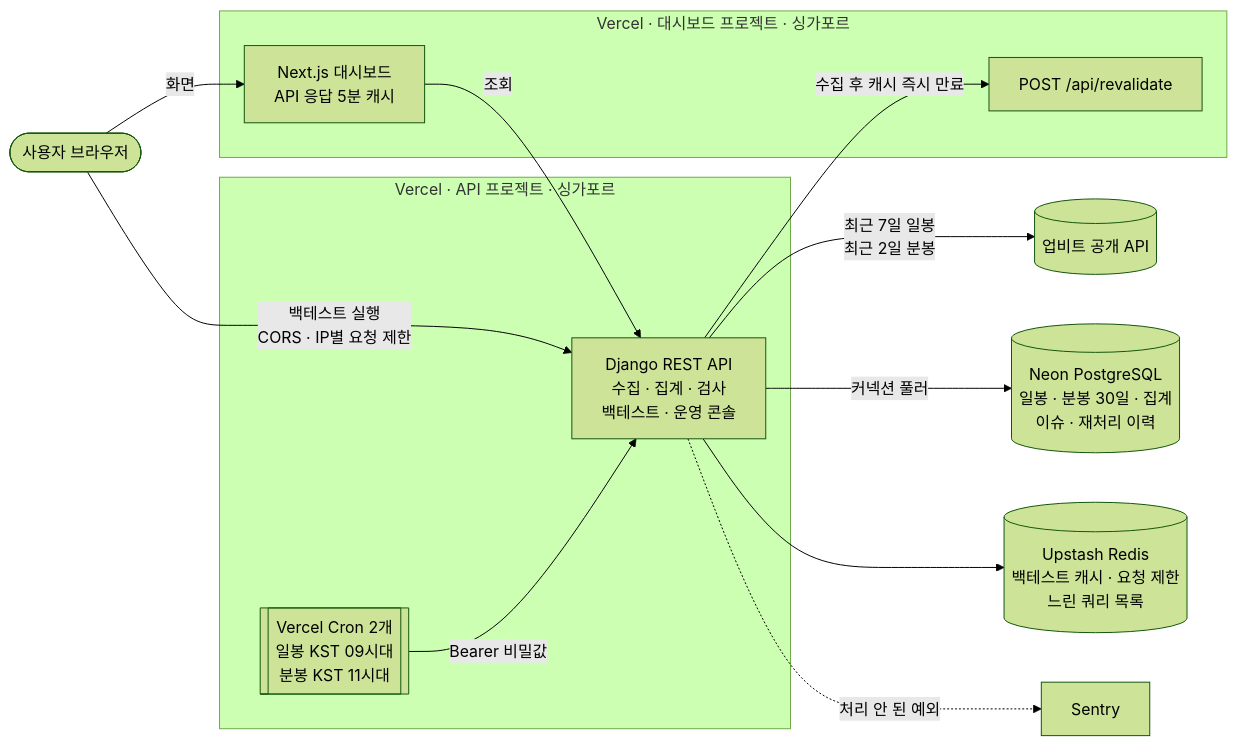
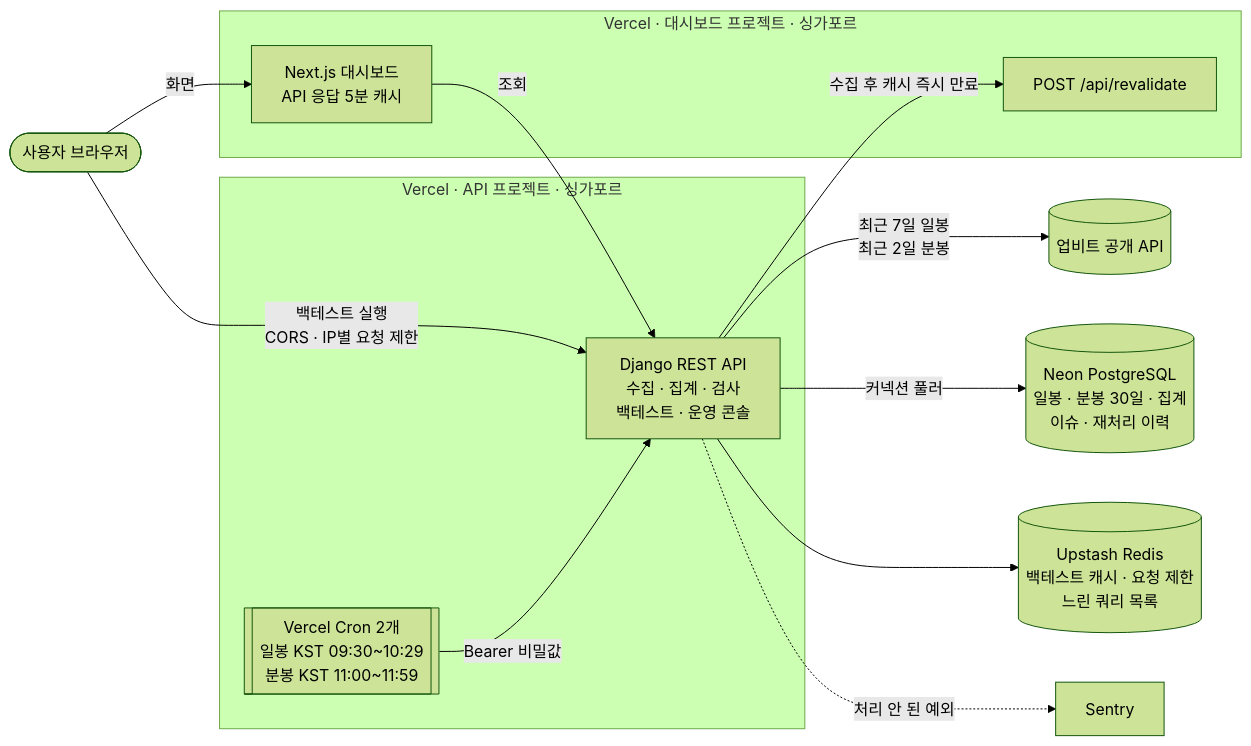
Before and after one commit to oofy-sotry/crypto-quant-lab: the diagram in README.md, drawn with Mermaid (forest theme). The commit also changed other lines of this file, not shown here.

Commit message:
docs(readme): README.md — Cron 실행 시각을 실제 일정대로 (일봉 09:30~10:29, 분봉 11:00~11:59)

````diff
--- a/README.md
+++ b/README.md
@@ -29,29 +29,29 @@
 ```mermaid
 flowchart LR
     user([사용자 브라우저])
     upbit[(업비트 공개 API)]
 
     subgraph vercel_front [Vercel · 대시보드 프로젝트 · 싱가포르]
         next[Next.js 대시보드<br/>API 응답 5분 캐시]
         reval["POST /api/revalidate"]
     end
 
     subgraph vercel_back [Vercel · API 프로젝트 · 싱가포르]
-        cron[[Vercel Cron 2개<br/>일봉 KST 09시대<br/>분봉 KST 11시대]]
+        cron[[Vercel Cron 2개<br/>일봉 KST 09:30~10:29<br/>분봉 KST 11:00~11:59]]
         api[Django REST API<br/>수집 · 집계 · 검사<br/>백테스트 · 운영 콘솔]
     end
 
     db[(Neon PostgreSQL<br/>일봉 · 분봉 30일 · 집계<br/>이슈 · 재처리 이력)]
     redis[(Upstash Redis<br/>백테스트 캐시 · 요청 제한<br/>느린 쿼리 목록)]
     sentry[Sentry]
 
     user -- 화면 --> next
     next -- 조회 --> api
     user -- 백테스트 실행<br/>CORS · IP별 요청 제한 --> api
     cron -- Bearer 비밀값 --> api
     api -- 최근 7일 일봉<br/>최근 2일 분봉 --> upbit
     api -- 커넥션 풀러 --> db
     api --> redis
     api -- 수집 후 캐시 즉시 만료 --> reval
     api -. 처리 안 된 예외 .-> sentry
 ```
````
